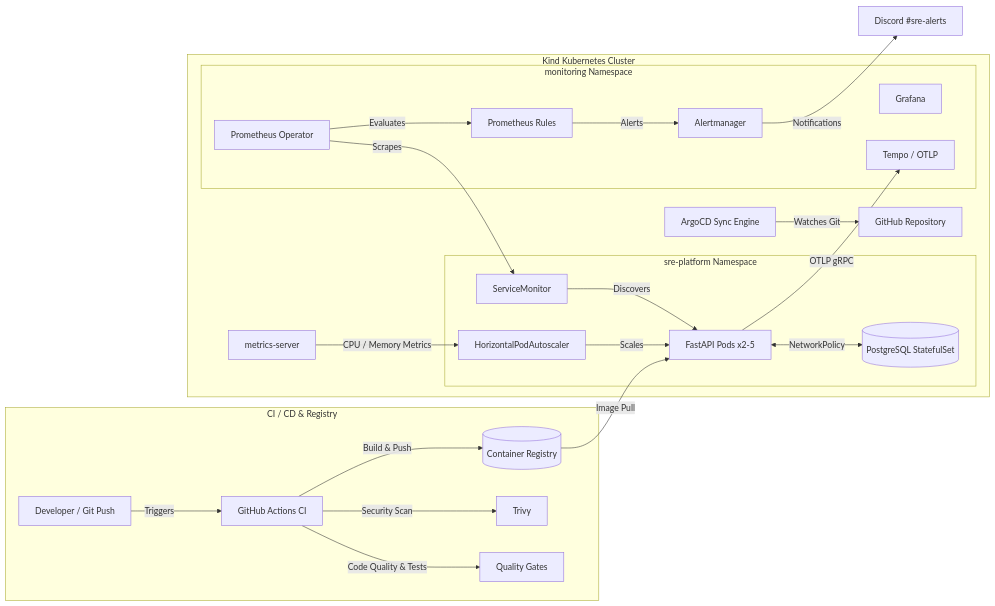
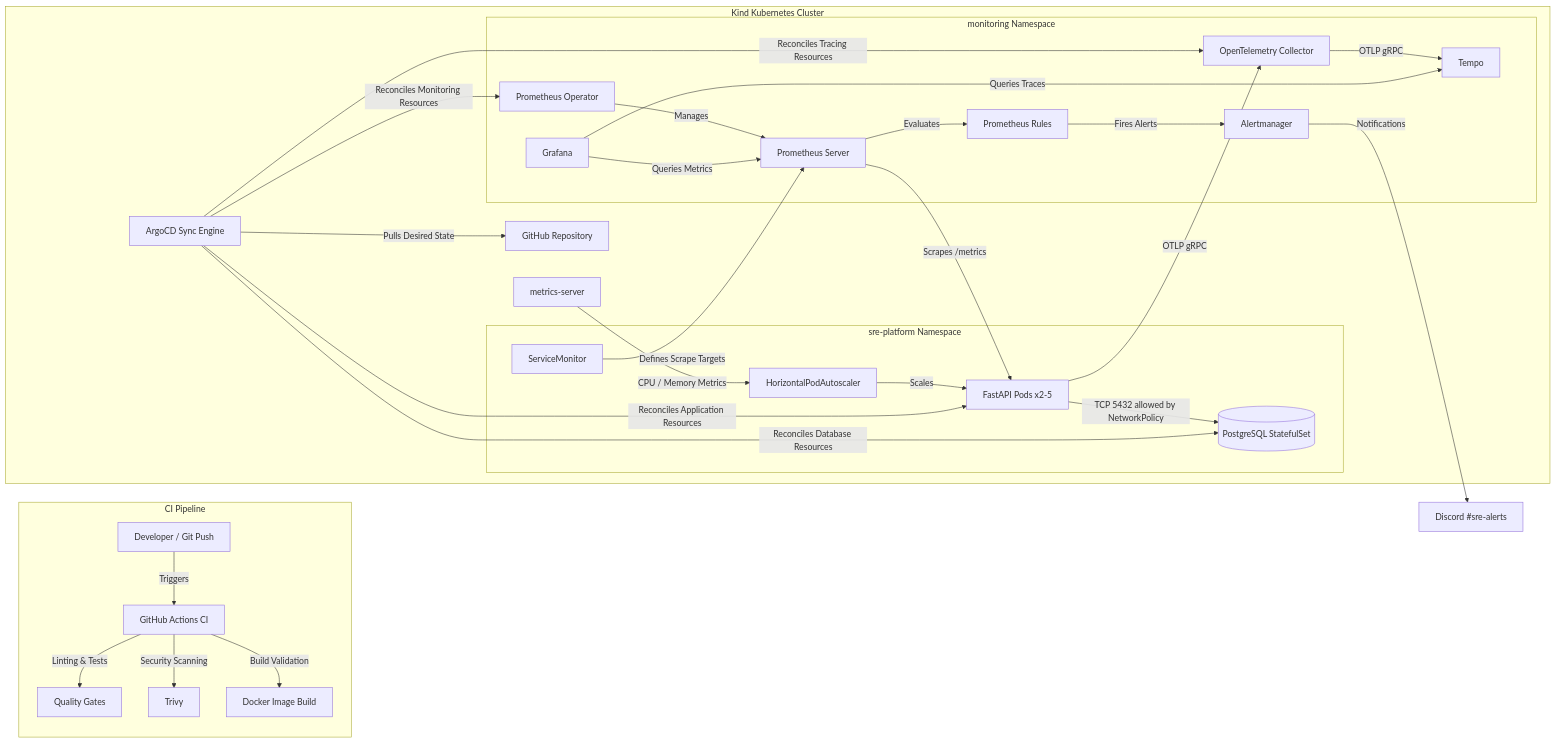
Before and after one commit to Konstantinos820/cloud-native-sre-platform: the diagram in README.md, drawn with Mermaid. The commit also changed other lines of this file and 3 other files, not shown here.

`````diff
--- a/README.md
+++ b/README.md
@@ -13,43 +13,92 @@
 ```mermaid
 graph LR
-    subgraph CI [CI / CD & Registry]
+    %% =========================================================
+    %% CI
+    %% =========================================================
+    subgraph CI [CI Pipeline]
         Dev[Developer / Git Push] -->|Triggers| GHA[GitHub Actions CI]
-        GHA -->|Code Quality & Tests| Quality[Quality Gates]
-        GHA -->|Security Scan| Trivy[Trivy]
-        GHA -->|Build & Push| Registry[(Container Registry)]
+
+        GHA -->|Linting & Tests| Quality[Quality Gates]
+        GHA -->|Security Scanning| Trivy[Trivy]
+        GHA -->|Build Validation| DockerBuild[Docker Image Build]
     end
 
+    %% =========================================================
+    %% External Git Repository
+    %% =========================================================
+    GitRepo[GitHub Repository]
+
+    %% =========================================================
+    %% Kubernetes Cluster
+    %% =========================================================
     subgraph Cluster [Kind Kubernetes Cluster]
 
-        ArgoCD[ArgoCD Sync Engine] -->|Watches Git| GitRepo[GitHub Repository]
+        %% -----------------------------------------------------
+        %% GitOps
+        %% -----------------------------------------------------
+        ArgoCD[ArgoCD Sync Engine]
+        ArgoCD -->|Pulls Desired State| GitRepo
 
+        %% -----------------------------------------------------
+        %% Application Namespace
+        %% -----------------------------------------------------
         subgraph SRE_NS [sre-platform Namespace]
+
             FastAPI[FastAPI Pods x2-5]
             Postgres[(PostgreSQL StatefulSet)]
 
-            FastAPI <-->|NetworkPolicy| Postgres
+            HPA[HorizontalPodAutoscaler]
+            ServiceMonitor[ServiceMonitor]
 
-            HPA[HorizontalPodAutoscaler] -->|Scales| FastAPI
-            ServiceMonitor[ServiceMonitor] -->|Discovers| FastAPI
+            HPA -->|Scales| FastAPI
+            FastAPI -->|TCP 5432 allowed by NetworkPolicy| Postgres
         end
 
+        %% -----------------------------------------------------
+        %% Cluster-level Components
+        %% -----------------------------------------------------
         MetricsServer[metrics-server] -->|CPU / Memory Metrics| HPA
 
+        %% -----------------------------------------------------
+        %% Monitoring Namespace
+        %% -----------------------------------------------------
         subgraph Mon_NS [monitoring Namespace]
-            Prometheus[Prometheus Operator]
+
+            PromOperator[Prometheus Operator]
+            Prometheus[Prometheus Server]
+            Rules[Prometheus Rules]
+            Alertmanager[Alertmanager]
+
+            OTelCollector[OpenTelemetry Collector]
+            Tempo[Tempo]
             Grafana[Grafana]
-            Alertmanager[Alertmanager]
-            Tempo[Tempo / OTLP]
 
-            Prometheus -->|Scrapes| ServiceMonitor
-            Prometheus -->|Evaluates| Rules[Prometheus Rules]
-            Rules -->|Alerts| Alertmanager
+            PromOperator -->|Manages| Prometheus
 
-            FastAPI -->|OTLP gRPC| Tempo
+            ServiceMonitor -->|Defines Scrape Targets| Prometheus
+            Prometheus -->|Scrapes /metrics| FastAPI
+
+            Prometheus -->|Evaluates| Rules
+            Rules -->|Fires Alerts| Alertmanager
+
+            Grafana -->|Queries Metrics| Prometheus
+
+            FastAPI -->|OTLP gRPC| OTelCollector
+            OTelCollector -->|OTLP gRPC| Tempo
+            Grafana -->|Queries Traces| Tempo
         end
+
+        %% -----------------------------------------------------
+        %% GitOps Reconciliation
+        %% -----------------------------------------------------
+        ArgoCD -->|Reconciles Application Resources| FastAPI
+        ArgoCD -->|Reconciles Database Resources| Postgres
+        ArgoCD -->|Reconciles Monitoring Resources| PromOperator
+        ArgoCD -->|Reconciles Tracing Resources| OTelCollector
     end
 
+    %% =========================================================
+    %% External Notifications
+    %% =========================================================
     Alertmanager -->|Notifications| Discord[Discord #sre-alerts]
-
-    Registry -->|Image Pull| FastAPI
-````
+```
`````
